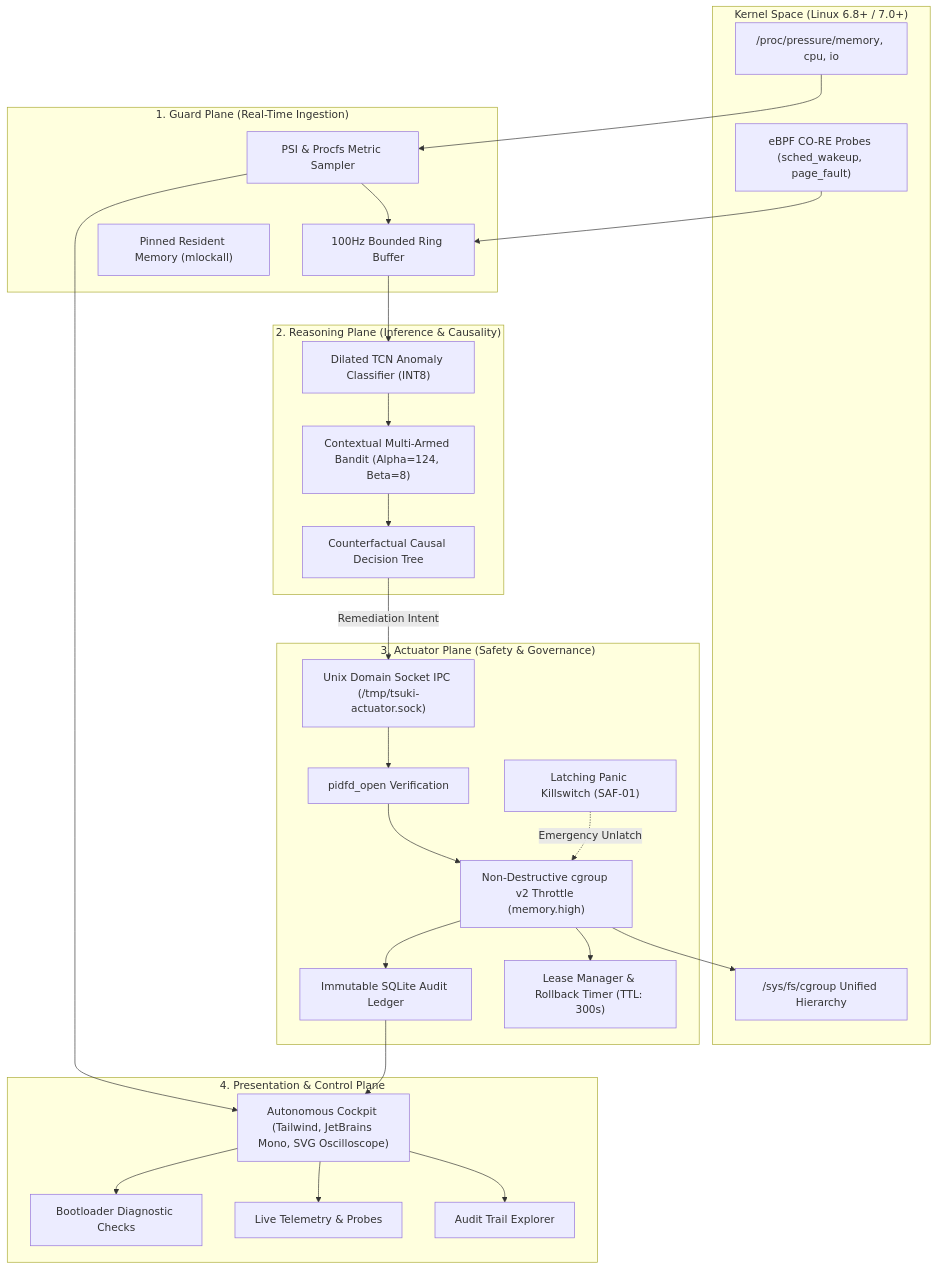
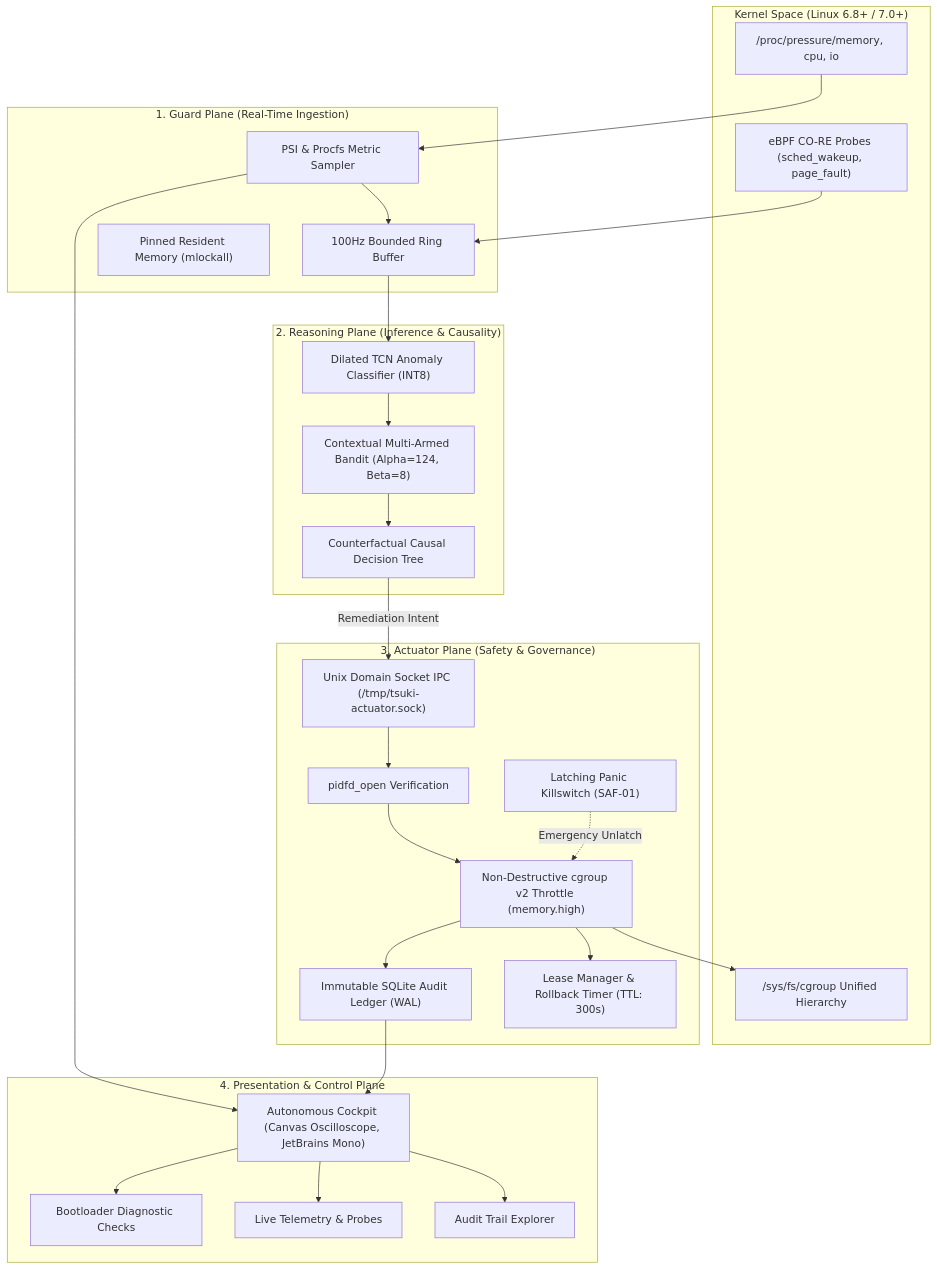
The diagram in REPORT.md (hsg001-95/tsuki), drawn with Mermaid before and after one commit. The commit also changed other lines of this file and 6 other files, not shown here.

````diff
--- a/REPORT.md
+++ b/REPORT.md
@@ -57,55 +87,55 @@
 ```mermaid
 flowchart TD
     subgraph KernelSpace["Kernel Space (Linux 6.8+ / 7.0+)"]
         PSI["/proc/pressure/memory, cpu, io"]
         CGROUP["/sys/fs/cgroup Unified Hierarchy"]
         EBPF["eBPF CO-RE Probes (sched_wakeup, page_fault)"]
     end
 
     subgraph GuardPlane["1. Guard Plane (Real-Time Ingestion)"]
         RING_BUF["100Hz Bounded Ring Buffer"]
         SAMPLER["PSI & Procfs Metric Sampler"]
         MEM_PIN["Pinned Resident Memory (mlockall)"]
     end
 
     subgraph ReasoningPlane["2. Reasoning Plane (Inference & Causality)"]
         TCN["Dilated TCN Anomaly Classifier (INT8)"]
         BANDIT["Contextual Multi-Armed Bandit (Alpha=124, Beta=8)"]
         CAUSAL["Counterfactual Causal Decision Tree"]
     end
 
     subgraph ActuatorPlane["3. Actuator Plane (Safety & Governance)"]
         UDS["Unix Domain Socket IPC (/tmp/tsuki-actuator.sock)"]
         PIDFD["pidfd_open Verification"]
         ENFORCE["Non-Destructive cgroup v2 Throttle (memory.high)"]
         LEASE["Lease Manager & Rollback Timer (TTL: 300s)"]
         PANIC["Latching Panic Killswitch (SAF-01)"]
-        AUDIT["Immutable SQLite Audit Ledger"]
+        AUDIT["Immutable SQLite Audit Ledger (WAL)"]
     end
 
     subgraph Presentation["4. Presentation & Control Plane"]
-        WEB_COCKPIT["Autonomous Cockpit (Tailwind, JetBrains Mono, SVG Oscilloscope)"]
+        WEB_COCKPIT["Autonomous Cockpit (Canvas Oscilloscope, JetBrains Mono)"]
         AUDIT_UI["Audit Trail Explorer"]
         TELEMETRY_UI["Live Telemetry & Probes"]
         BOOT_UI["Bootloader Diagnostic Checks"]
     end
 
     PSI --> SAMPLER
     EBPF --> RING_BUF
     SAMPLER --> RING_BUF
     RING_BUF --> TCN
     TCN --> BANDIT
     BANDIT --> CAUSAL
     CAUSAL -->|Remediation Intent| UDS
     UDS --> PIDFD
     PIDFD --> ENFORCE
     ENFORCE --> CGROUP
     ENFORCE --> LEASE
     ENFORCE --> AUDIT
     PANIC -.->|Emergency Unlatch| ENFORCE
     AUDIT --> WEB_COCKPIT
     SAMPLER --> WEB_COCKPIT
     WEB_COCKPIT --> AUDIT_UI
     WEB_COCKPIT --> TELEMETRY_UI
     WEB_COCKPIT --> BOOT_UI
 ```
````
